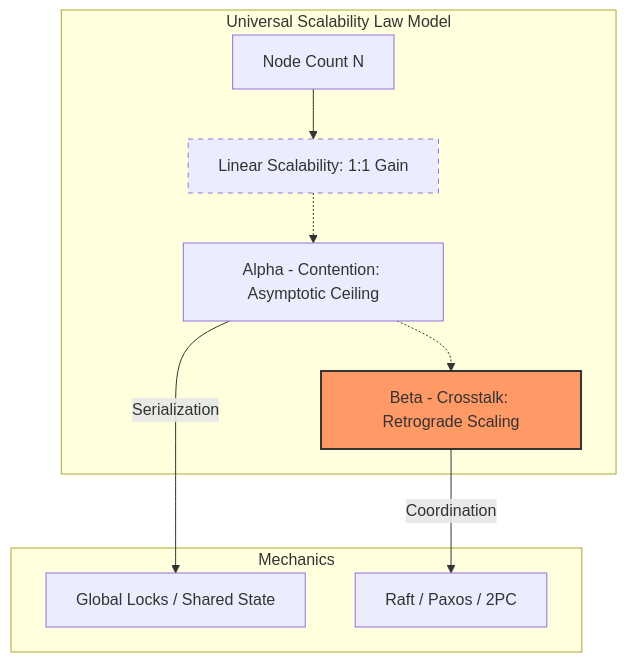
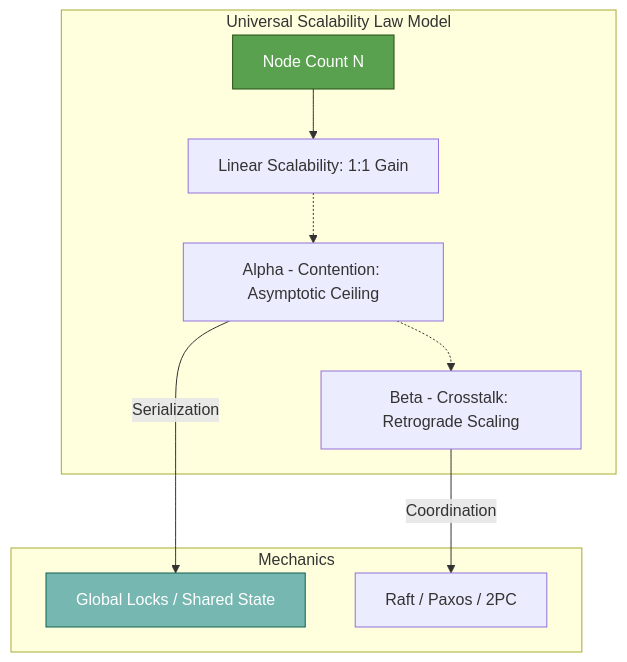
One commit to gchaitanyabharath9/omnigcloud changed the first of 8 diagrams in src/app/[locale]/research/papers/a2-high-throughput-distributed-systems/A2-PAPER-FULL.md. Above: the diagram before and after it, drawn with Mermaid. The commit also changed other lines of this file and 40 other files, not shown here.

````diff
--- a/src/app/[locale]/research/papers/a2-high-throughput-distributed-systems/A2-PAPER-FULL.md
+++ b/src/app/[locale]/research/papers/a2-high-throughput-distributed-systems/A2-PAPER-FULL.md
@@ -121,20 +143,24 @@
 ```mermaid
 graph TD
+    classDef Control fill:#4E79A7,stroke:#2C3E50,color:#fff;
+    classDef Data fill:#59A14F,stroke:#274E13,color:#fff;
+    classDef Policy fill:#9C6ADE,stroke:#4B0082,color:#fff;
+    classDef Obs fill:#F28E2B,stroke:#8B4513,color:#fff;
+    classDef Risk fill:#E15759,stroke:#7B241C,color:#fff;
+    classDef State fill:#76B7B2,stroke:#0E6251,color:#fff;
+    classDef Actor fill:#BAB0AC,stroke:#515A5A,color:#000;
     subgraph USL ["Universal Scalability Law Model"]
-        L[Linear Scalability: 1:1 Gain]
-        A[Alpha - Contention: Asymptotic Ceiling]
-        B[Beta - Crosstalk: Retrograde Scaling]
-        
-        N[Node Count N] --> L
-        L -.-> A
-        A -.-> B
+    L["Linear Scalability: 1:1 Gain"]
+    A["Alpha - Contention: Asymptotic Ceiling"]
+    B["Beta - Crosstalk: Retrograde Scaling"]
+    N["Node Count N"] --> L
+    L -.-> A
+    A -.-> B
     end
-    
     subgraph Mechanics
-        A -->|Serialization| Lock[Global Locks / Shared State]
-        B -->|Coordination| Consensus[Raft / Paxos / 2PC]
+    A -->|Serialization| Lock["Global Locks / Shared State"]
+    B -->|Coordination| Consensus["Raft / Paxos / 2PC"]
     end
-    
-    style B fill:#f96,stroke:#333,stroke-width:2px
-    style L stroke-dasharray: 5 5
+    class N Data;
+    class Lock State;
 ```
````
